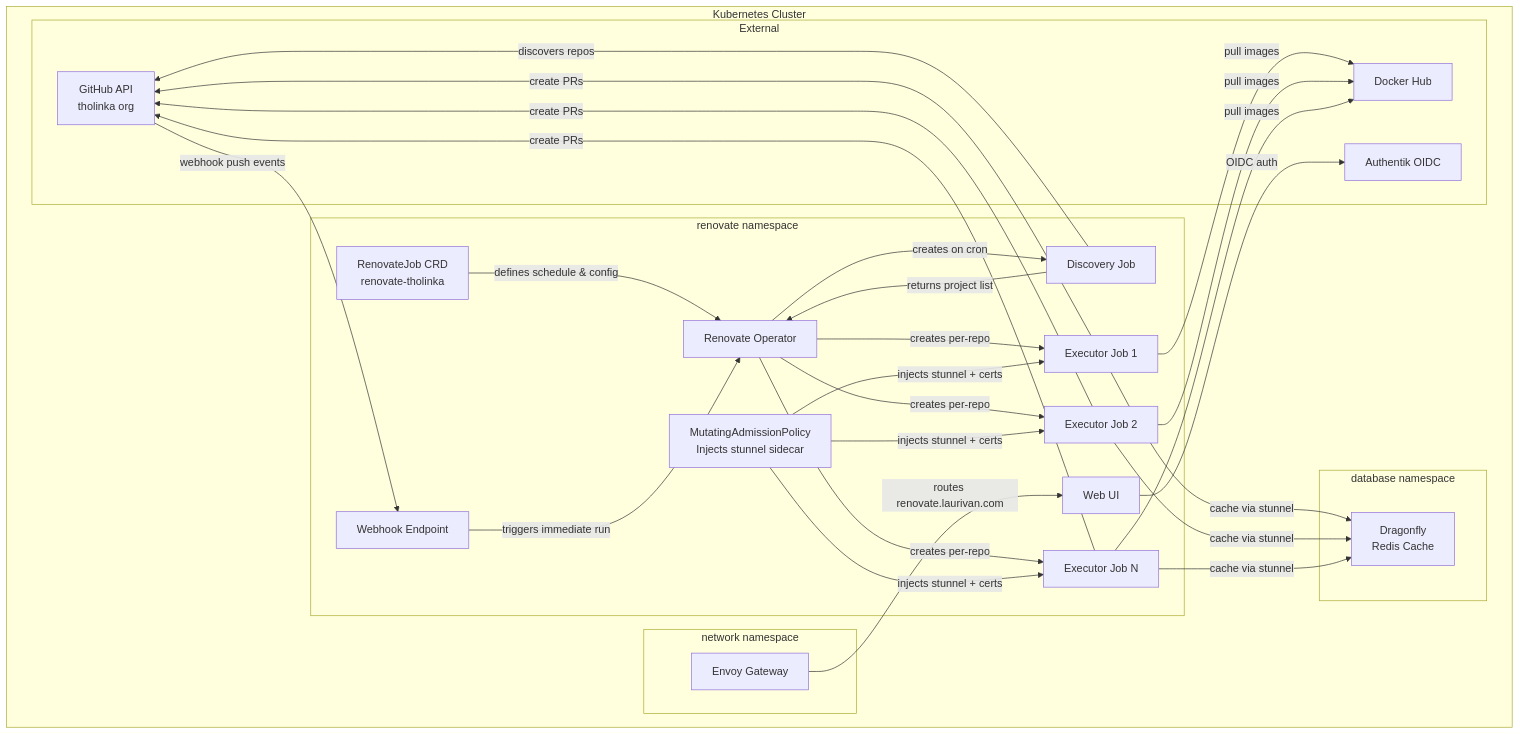
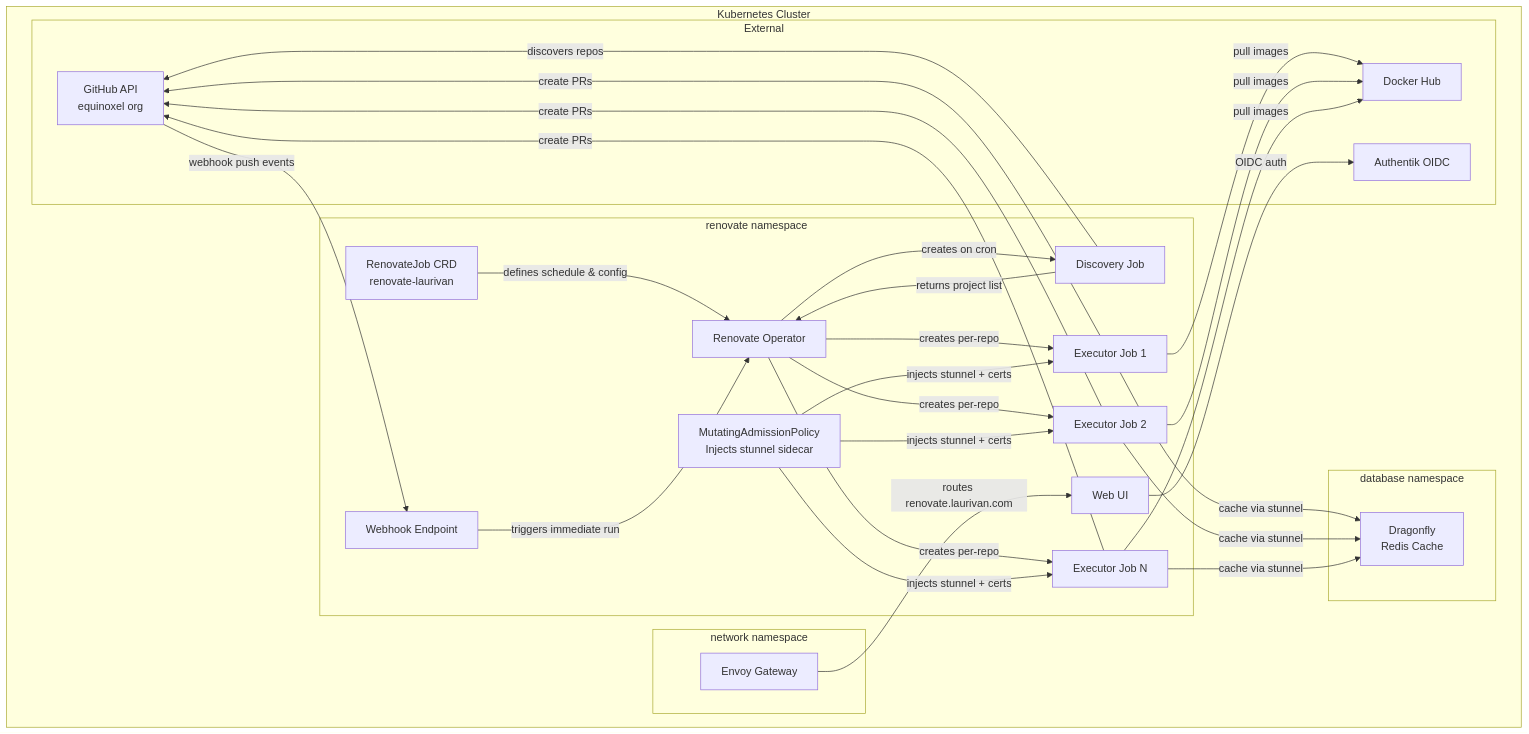
Before and after one commit to equinoxel/home-ops: the first of 2 diagrams in kubernetes/apps/renovate/renovate-operator/README.md, drawn with Mermaid. The commit also changed 1 other file, not shown here.

Commit message:
docs(renovate): update organization references in operator documentation
- Update RenovateJob CRD name from renovate-tholinka to renovate-laurivan
- Update GitHub organization reference from tholinka org to equinoxel org
- Update discovery filters to use laurivan/* instead of tholinka/*
- Reflect organizational changes across documentation and configuration examples

````diff
--- a/kubernetes/apps/renovate/renovate-operator/README.md
+++ b/kubernetes/apps/renovate/renovate-operator/README.md
@@ -18,44 +18,44 @@
 ```mermaid
 flowchart TD
     subgraph Kubernetes Cluster
         subgraph renovate namespace
             OP[Renovate Operator]
-            CRD[RenovateJob CRD<br/>renovate-tholinka]
+            CRD[RenovateJob CRD<br/>renovate-laurivan]
             DJ[Discovery Job]
             EJ1[Executor Job 1]
             EJ2[Executor Job 2]
             EJN[Executor Job N]
             WH[Webhook Endpoint]
             UI[Web UI]
             MAP[MutatingAdmissionPolicy<br/>Injects stunnel sidecar]
         end
 
         subgraph database namespace
             DF[Dragonfly<br/>Redis Cache]
         end
 
         subgraph network namespace
             GW[Envoy Gateway]
         end
 
         subgraph External
-            GH[GitHub API<br/>tholinka org]
+            GH[GitHub API<br/>equinoxel org]
             DH[Docker Hub]
             AUTH[Authentik OIDC]
         end
     end
 
     CRD -->|defines schedule & config| OP
     OP -->|creates on cron| DJ
     DJ -->|discovers repos| GH
     DJ -->|returns project list| OP
     OP -->|creates per-repo| EJ1 & EJ2 & EJN
     EJ1 & EJ2 & EJN -->|create PRs| GH
     EJ1 & EJ2 & EJN -->|pull images| DH
     MAP -->|injects stunnel + certs| EJ1 & EJ2 & EJN
     EJ1 & EJ2 & EJN -->|cache via stunnel| DF
     GH -->|webhook push events| WH
     WH -->|triggers immediate run| OP
     GW -->|routes renovate.laurivan.com| UI
     UI -->|OIDC auth| AUTH
 ```
````
